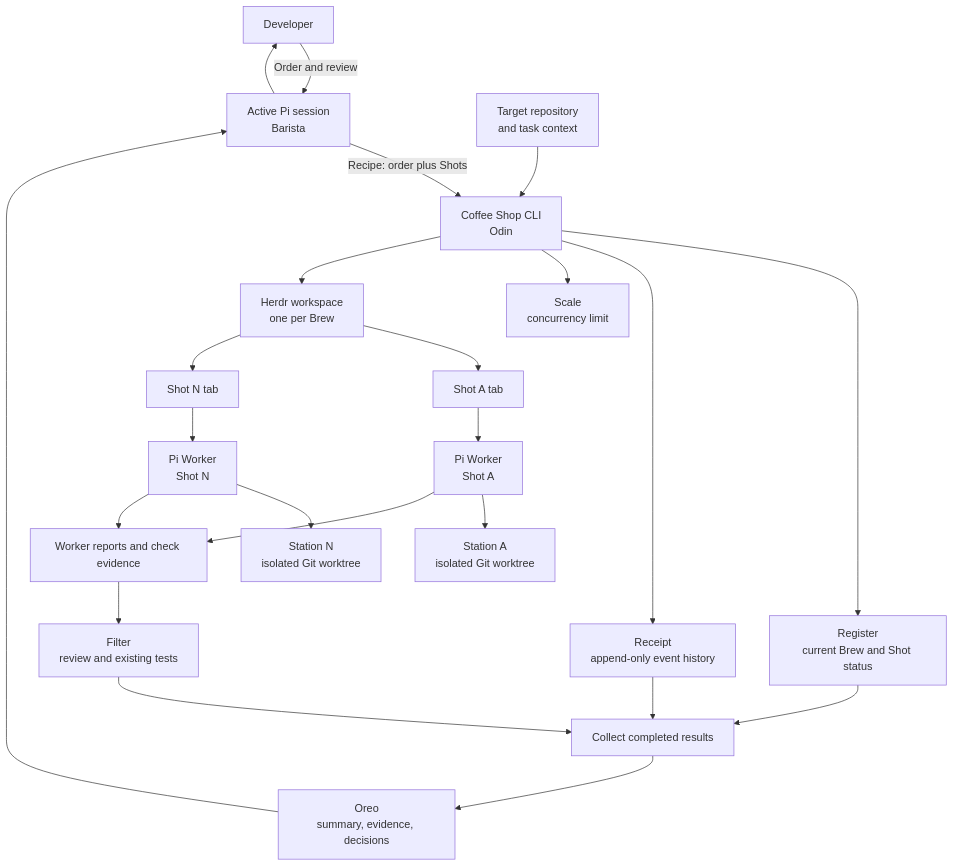
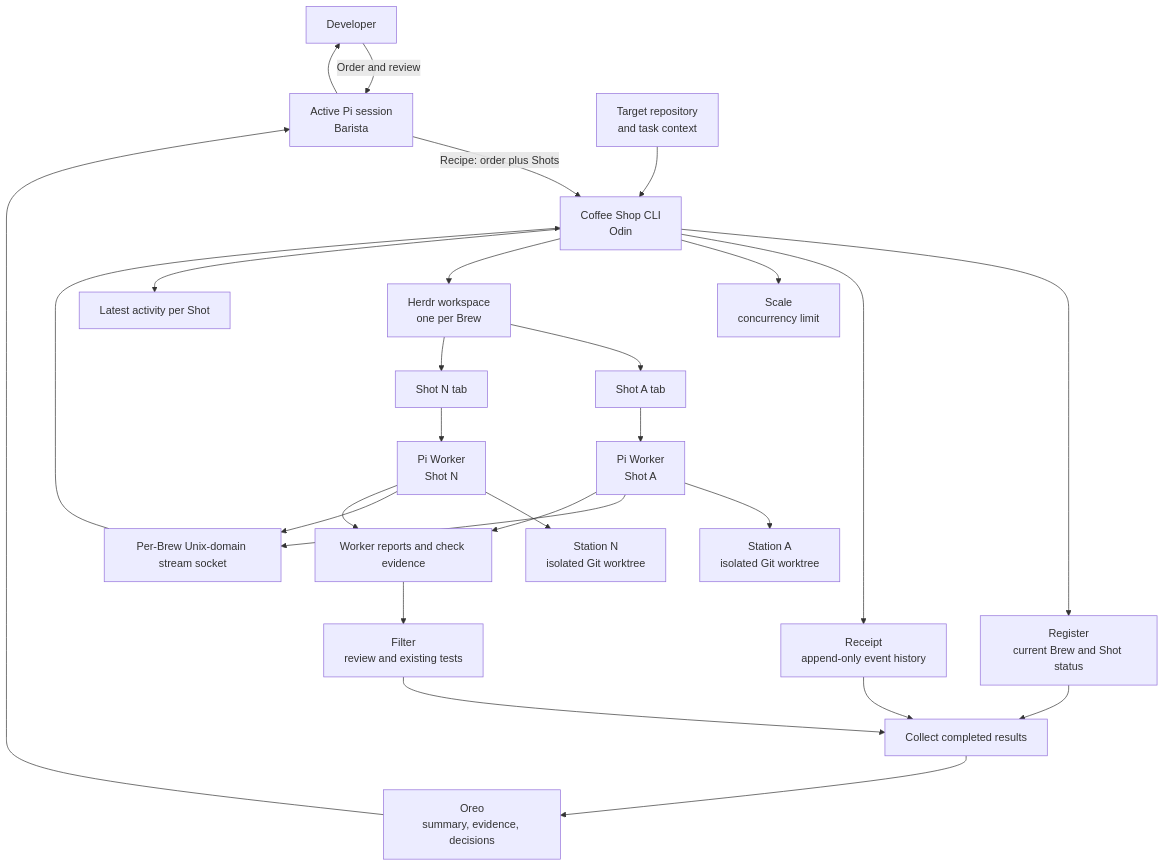
The diagram in docs/architecture.md (weima/coffee-shop), drawn with Mermaid before and after one commit. The commit also changed other lines of this file and 13 other files, not shown here.

Commit message:
feat: show live Worker activity in status

````diff
--- a/docs/architecture.md
+++ b/docs/architecture.md
@@ -7,25 +7,29 @@
 ```mermaid
 flowchart TD
     Dev[Developer] -->|Order and review| Barista[Active Pi session<br/>Barista]
     Barista -->|Recipe: order plus Shots| CLI[Coffee Shop CLI<br/>Odin]
     Beans[Target repository<br/>and task context] --> CLI
     CLI --> Register[Register<br/>current Brew and Shot status]
     CLI --> Receipt[Receipt<br/>append-only event history]
     CLI --> Scale[Scale<br/>concurrency limit]
     CLI --> HERDR[Herdr workspace<br/>one per Brew]
     HERDR --> Tab1[Shot A tab]
     HERDR --> TabN[Shot N tab]
     Tab1 --> Worker1[Pi Worker<br/>Shot A]
     TabN --> WorkerN[Pi Worker<br/>Shot N]
     Worker1 --> Station1[Station A<br/>isolated Git worktree]
     WorkerN --> StationN[Station N<br/>isolated Git worktree]
+    Worker1 --> Activity[Per-Brew Unix-domain stream socket]
+    WorkerN --> Activity
+    Activity --> CLI
+    CLI --> ActivityState[Latest activity per Shot]
     Worker1 --> Results[Worker reports and check evidence]
     WorkerN --> Results
     Results --> Filter[Filter<br/>review and existing tests]
     Register --> Collect[Collect completed results]
     Receipt --> Collect
     Filter --> Collect
     Collect --> Oreo[Oreo<br/>summary, evidence, decisions]
     Oreo --> Barista
     Barista --> Dev
 ```
````
